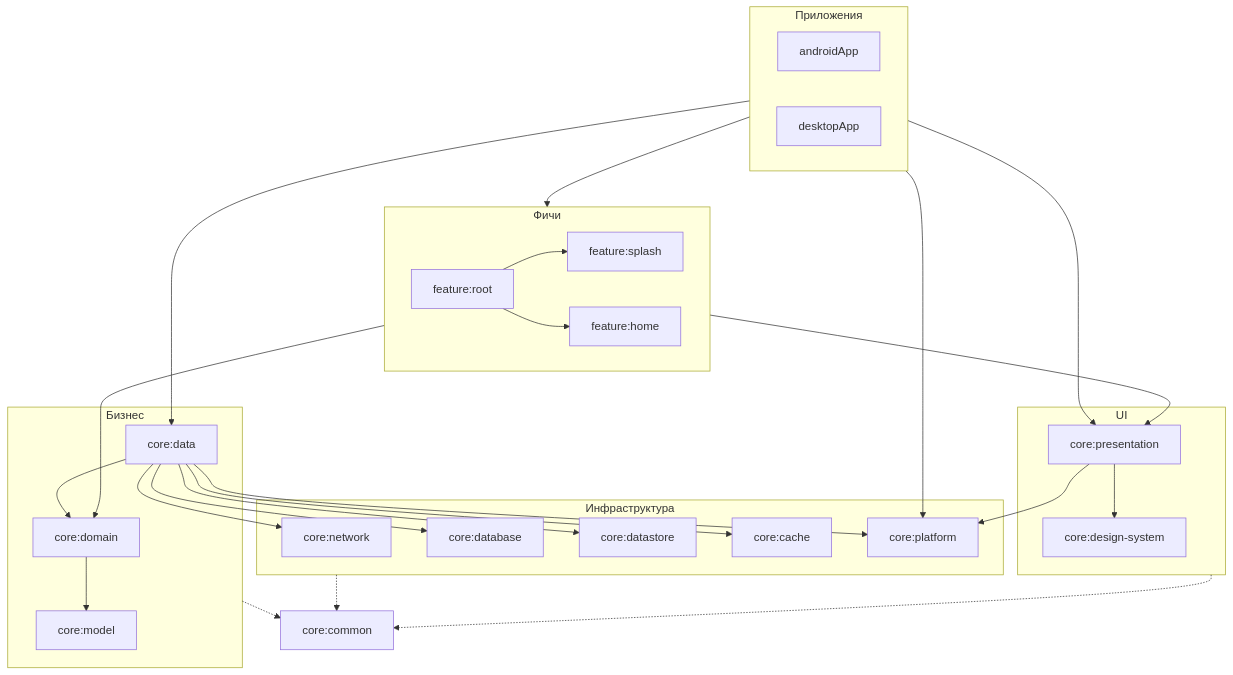
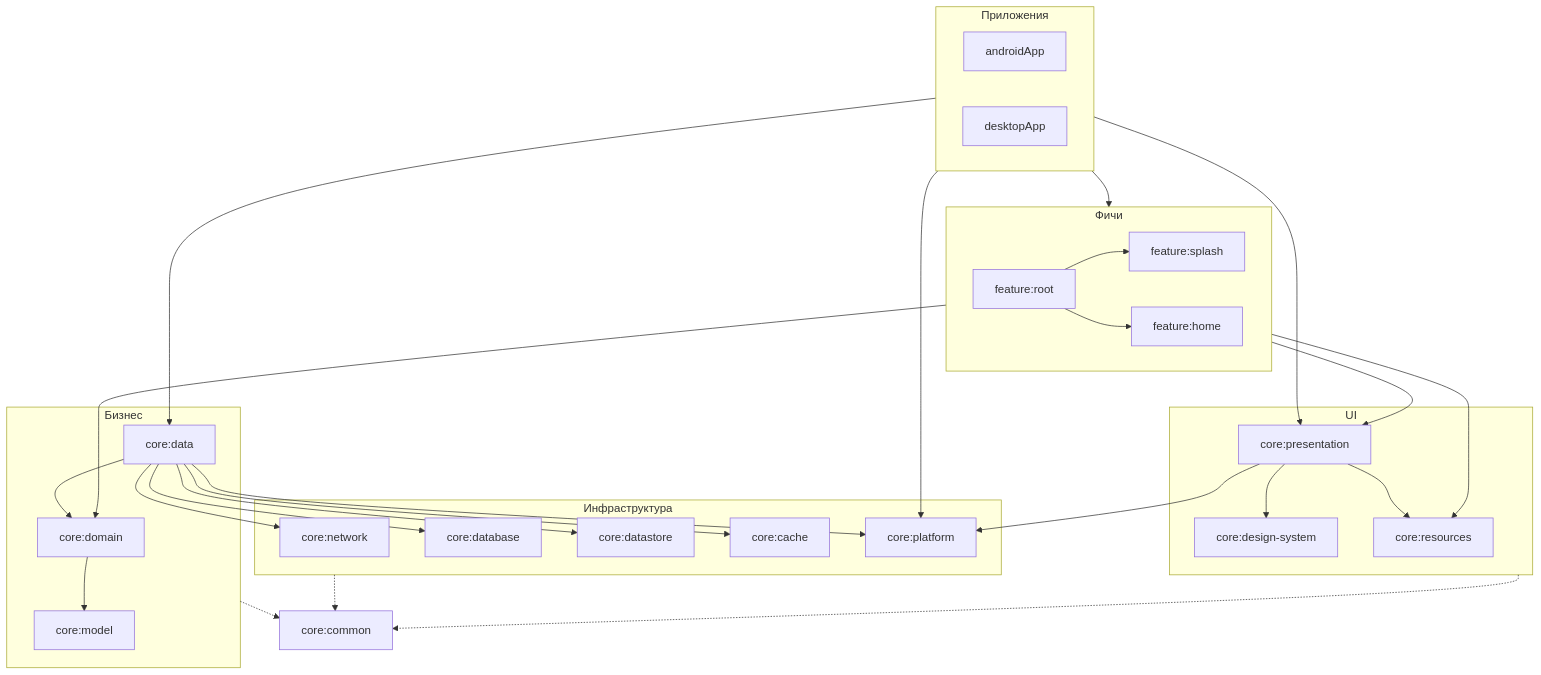
The diagram in docs/architecture/overview.md (KimoTeru/Wallify), drawn with Mermaid before and after one commit. The commit also changed other lines of this file and 19 other files, not shown here.

````diff
--- a/docs/architecture/overview.md
+++ b/docs/architecture/overview.md
@@ -29,55 +31,58 @@
 ```mermaid
 flowchart TB
     subgraph apps["Приложения"]
         androidApp
         desktopApp
     end
 
     subgraph features["Фичи"]
         root["feature:root"]
         splash["feature:splash"]
         home["feature:home"]
     end
 
     subgraph ui["UI"]
         presentation["core:presentation"]
         designSystem["core:design-system"]
+        resources["core:resources"]
     end
 
     subgraph business["Бизнес"]
         domain["core:domain"]
         data["core:data"]
         model["core:model"]
     end
 
     subgraph infra["Инфраструктура"]
         network["core:network"]
         database["core:database"]
         datastore["core:datastore"]
         cache["core:cache"]
         platform["core:platform"]
     end
 
     common["core:common"]
 
     apps --> features
     apps --> data
     apps --> platform
     apps --> presentation
     root --> splash
     root --> home
     features --> presentation
     features --> domain
     presentation --> designSystem
+    presentation --> resources
+    features --> resources
     presentation --> platform
     domain --> model
     data --> domain
     data --> network
     data --> database
     data --> datastore
     data --> cache
     data --> platform
     infra -.-> common
     business -.-> common
     ui -.-> common
 ```
````
